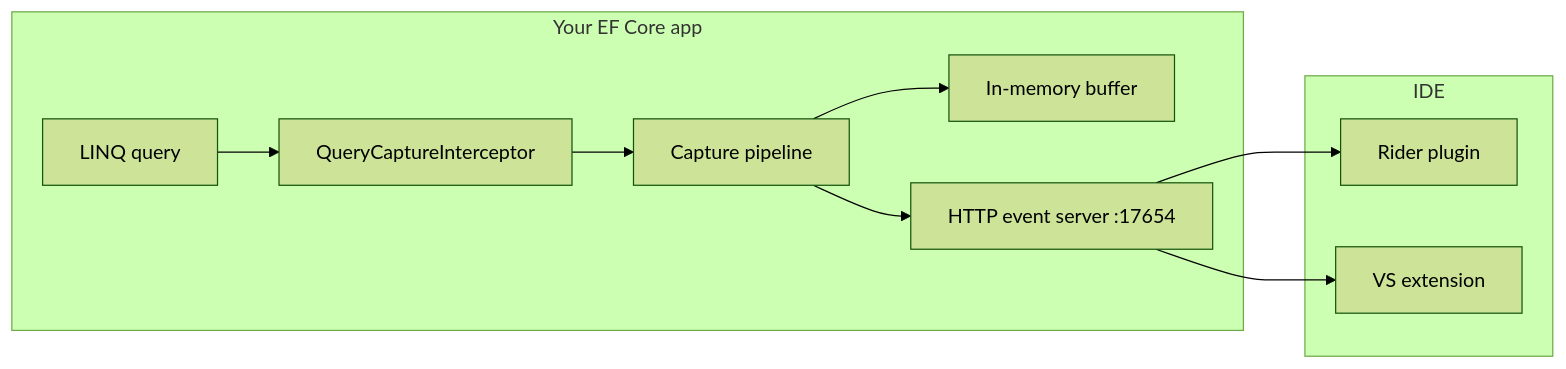
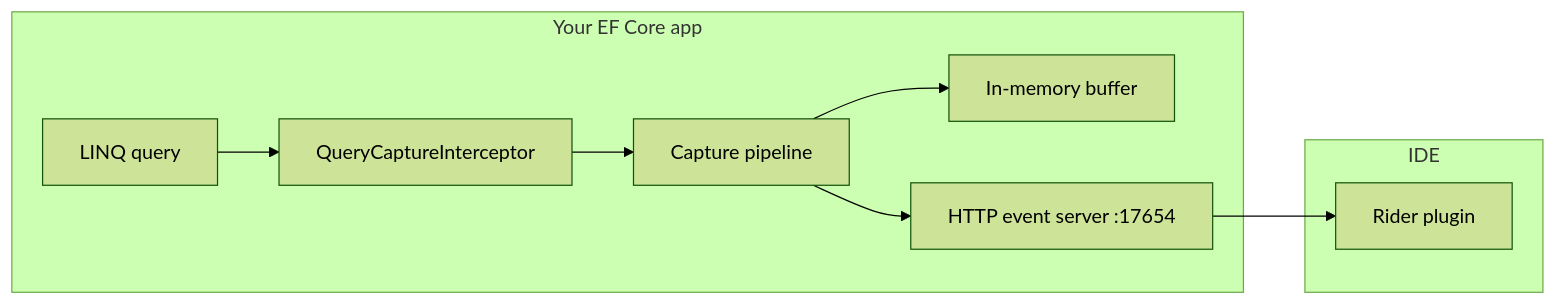
One commit to FilipMrhal/QueryDuck changed the diagram in README.md. Above: the diagram before and after it, drawn with Mermaid (forest theme). The commit also changed other lines of this file and 14 other files, not shown here.

````diff
--- a/README.md
+++ b/README.md
@@ -103,18 +101,16 @@
 ```mermaid
 flowchart LR
   subgraph app [Your EF Core app]
     LINQ[LINQ query]
     Interceptor[QueryCaptureInterceptor]
     Pipeline[Capture pipeline]
     Buffer[In-memory buffer]
     Server[HTTP event server :17654]
   end
   subgraph ide [IDE]
     Rider[Rider plugin]
-    VS[VS extension]
   end
   LINQ --> Interceptor --> Pipeline --> Buffer
   Pipeline --> Server
   Server --> Rider
-  Server --> VS
 ```
````
